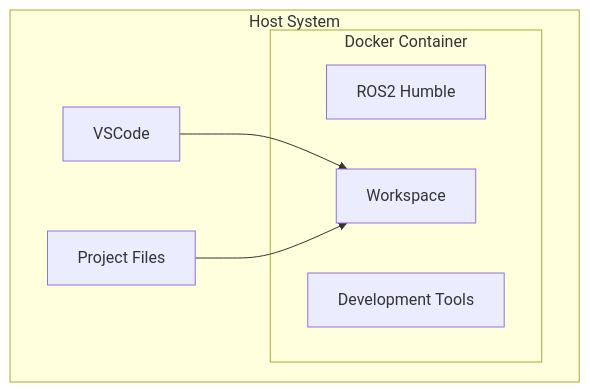
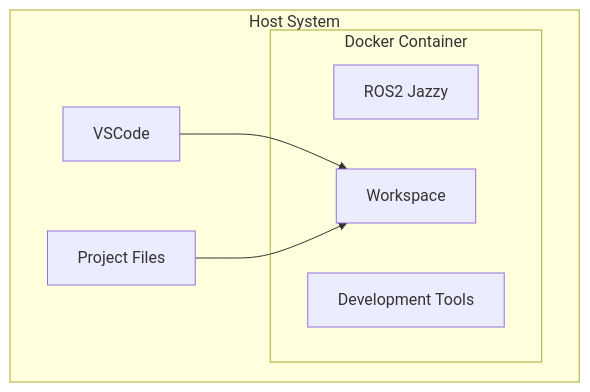
The diagram in docs/session1/module2-setup.md (DynoRobotics/dyno_ros2_courses), drawn with Mermaid before and after one commit. The commit also changed 1 other file, not shown here.

Commit message:
Small docs fixes

````diff
--- a/docs/session1/module2-setup.md
+++ b/docs/session1/module2-setup.md
@@ -35,15 +35,15 @@
 ```mermaid
 graph TB
     subgraph "Host System"
         subgraph "Docker Container"
-            ROS2[ROS2 Humble]
+            ROS2[ROS2 Jazzy]
             TOOLS[Development Tools]
             WORKSPACE[Workspace]
         end
         VSCODE[VSCode]
         FILES[Project Files]
     end
 
     VSCODE --> WORKSPACE
     FILES --> WORKSPACE
 ```
````
